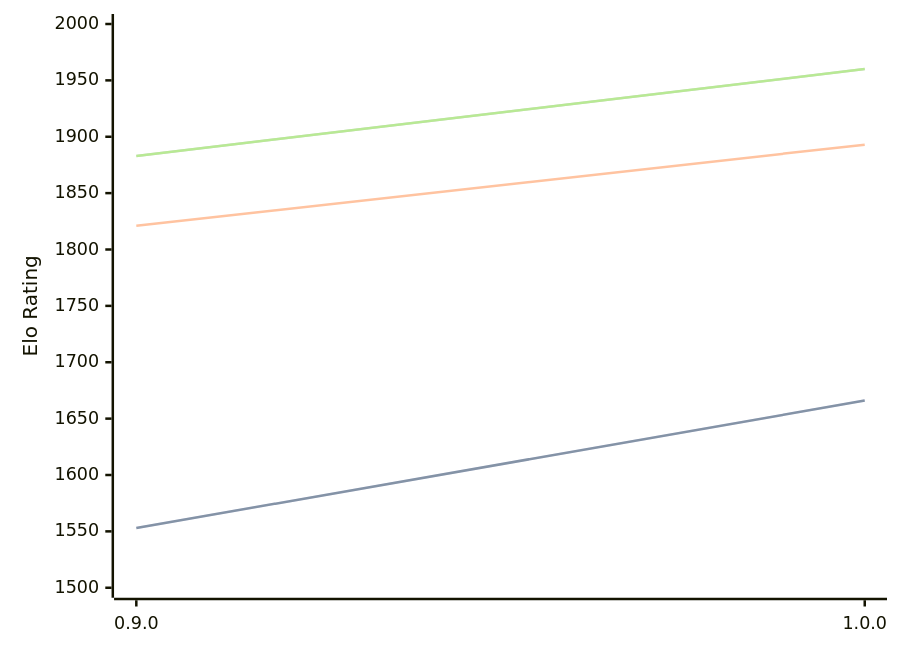
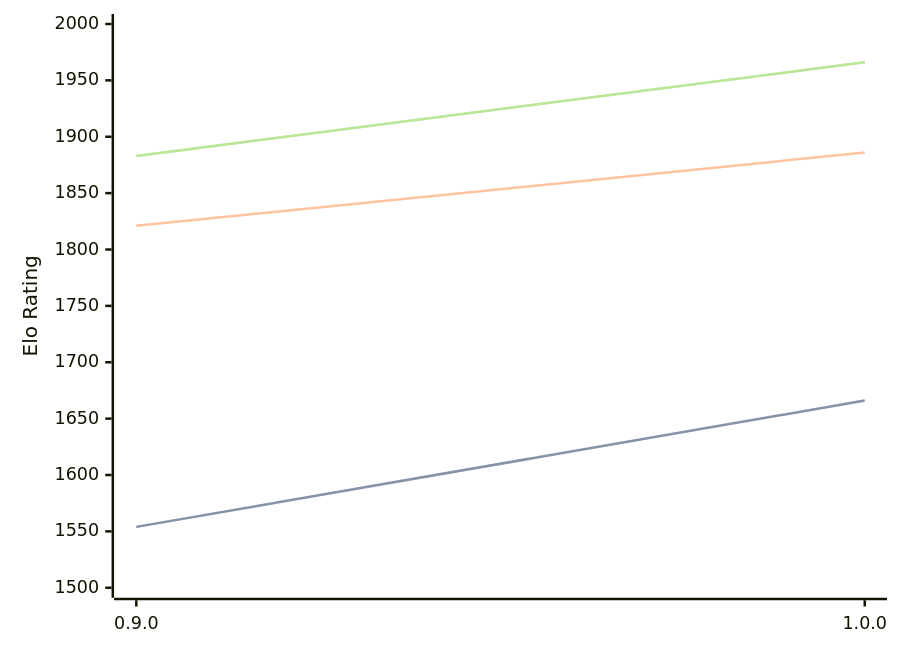
The diagram in engines/Ratsu.md (computer-chess-index/cci), drawn with Mermaid before and after one commit. The commit also changed other lines of this file, not shown here.

Commit message:
Update CCI Ratings (ELO VLTC) - 2026-03-27

````diff
--- a/engines/Ratsu.md
+++ b/engines/Ratsu.md
@@ -32,11 +32,11 @@
 ```mermaid
 %%{init: {"theme":"base","themeVariables":{"seriesColors:['#a3a3a3','#222221','#faa371']}}}%%
 xychart-beta
   x-axis ["0.9.0", "1.0.0"]
   y-axis "Elo Rating" 1500 --> 2000
-  line "STC (8.0+0.08s)" [1553, 1666]
-  line "STC (8.0+0.08s)" [1553, 1666]
-  line "LTC (60.0+0.60s)" [1821, 1893]
-  line "VLTC (2m24s+1.12s)" [1883, 1960]
-  line "VLTC (2m24s+1.12s)" [1883, 1960]
+  line "STC (8.0+0.08s)" [1554, 1666]
+  line "STC (8.0+0.08s)" [1554, 1666]
+  line "LTC (60.0+0.60s)" [1821, 1886]
+  line "VLTC (2m24s+1.12s)" [1883, 1966]
+  line "VLTC (2m24s+1.12s)" [1883, 1966]
 ```
````
